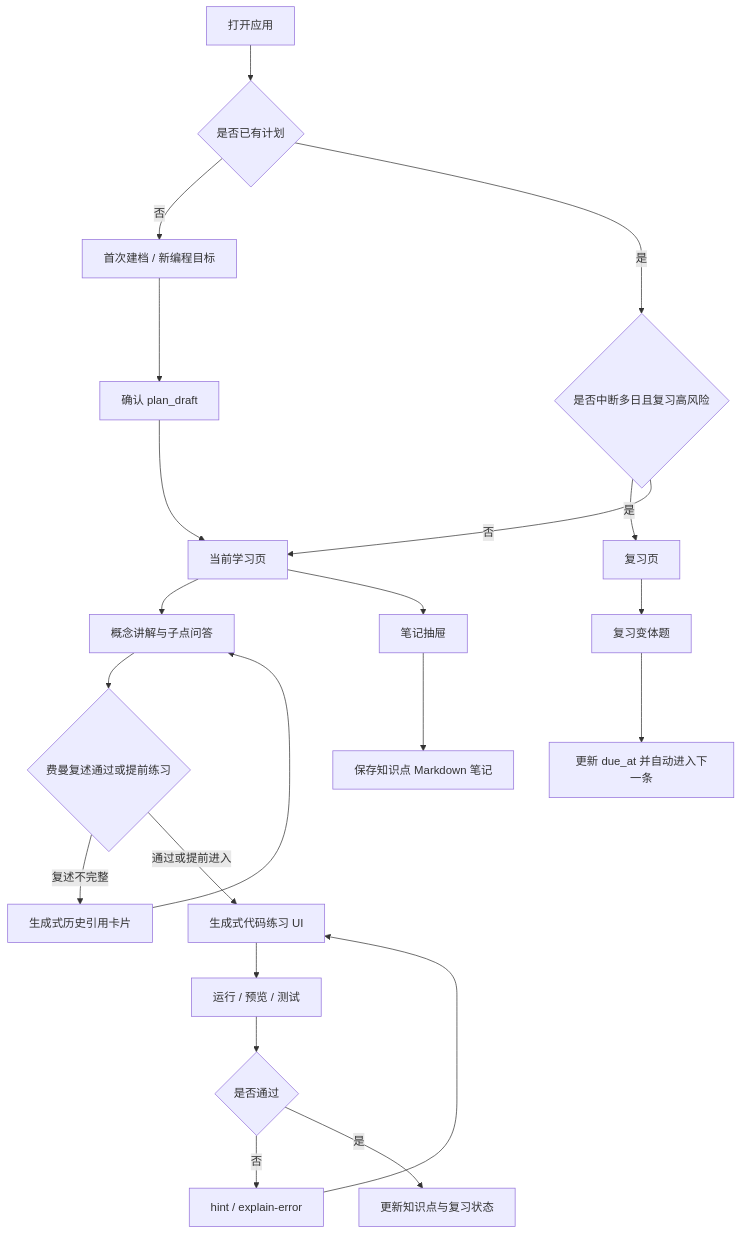
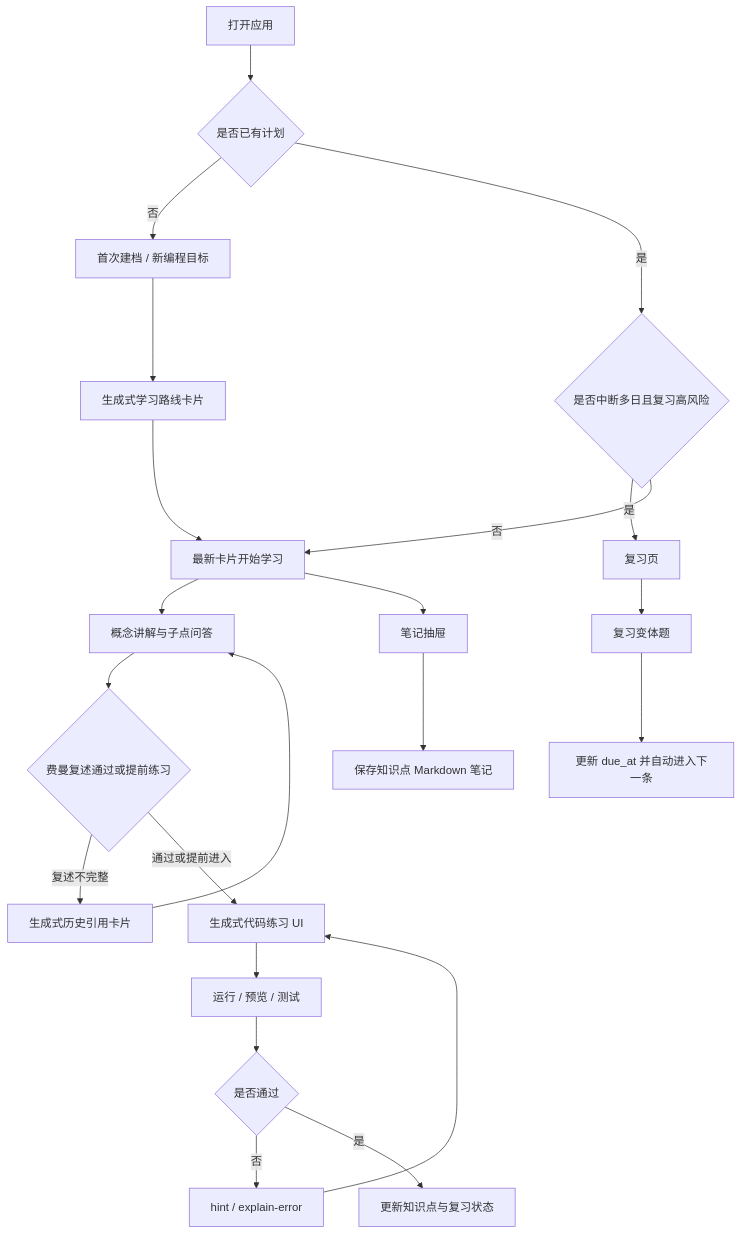
Before and after one commit to P1nL/Aearn: the diagram in docs/product/user-flows.md, drawn with Mermaid. The commit also changed other lines of this file and 23 other files, not shown here.

````diff
--- a/docs/product/user-flows.md
+++ b/docs/product/user-flows.md
@@ -721,24 +724,24 @@
 ```mermaid
 flowchart TD
   A["打开应用"] --> B{"是否已有计划"}
   B -->|否| C["首次建档 / 新编程目标"]
-  C --> D["确认 plan_draft"]
-  D --> E["当前学习页"]
+  C --> D["生成式学习路线卡片"]
+  D --> E["最新卡片开始学习"]
   B -->|是| F{"是否中断多日且复习高风险"}
   F -->|是| G["复习页"]
   F -->|否| E
   E --> Q["概念讲解与子点问答"]
   Q --> R{"费曼复述通过或提前练习"}
   R -->|复述不完整| S["生成式历史引用卡片"]
   S --> Q
   R -->|通过或提前进入| H["生成式代码练习 UI"]
   H --> I["运行 / 预览 / 测试"]
   I --> J{"是否通过"}
   J -->|否| K["hint / explain-error"]
   K --> H
   J -->|是| L["更新知识点与复习状态"]
   E --> M["笔记抽屉"]
   M --> N["保存知识点 Markdown 笔记"]
   G --> O["复习变体题"]
   O --> P["更新 due_at 并自动进入下一条"]
 ```
````
